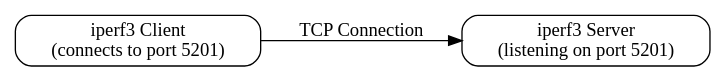
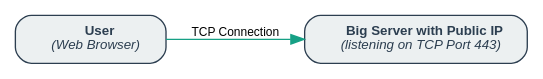
The diagram in docs/benchmark_baseline_test.dot (unspezifisch/portredirect), drawn with Graphviz before and after one commit. The commit also changed 13 other files, not shown here.

Commit message:
new graphs, rewrite descriptions

```diff
--- a/docs/benchmark_baseline_test.dot
+++ b/docs/benchmark_baseline_test.dot
@@ -1,9 +1,20 @@
 digraph baseline_test {
-  rankdir=LR;
-  node [shape=box, style=rounded];
+  // Global graph settings
+  graph [bgcolor=white, rankdir=LR, splines=true];
+  node  [fontname="Helvetica,Arial,sans-serif", shape=box, style="rounded,filled", fillcolor="#ecf0f1", color="#2c3e50", fontcolor="#2c3e50", fontsize=10, margin="0.2,0.1"];
+  edge  [fontname="Helvetica,Arial,sans-serif", color="#16a085", fontsize=9];
+
+  // Nodes with HTML labels for formatting
+  web_browser [label=<
+    <B>User</B><BR/>
+    <I>(Web Browser)</I>
+  >];
   
-  iperf3_client [label="iperf3 Client\n(connects to port 5201)"];
-  iperf3_server [label="iperf3 Server\n(listening on port 5201)"];
-  
-  iperf3_client -> iperf3_server [label="TCP Connection"];
+  web_server [label=<
+    <B>Big Server with Public IP</B><BR/>
+    <I>(listening on TCP Port 443)</I>
+  >];
+
+  // Edge
+  web_browser -> web_server [label="TCP Connection"];
 }
```
